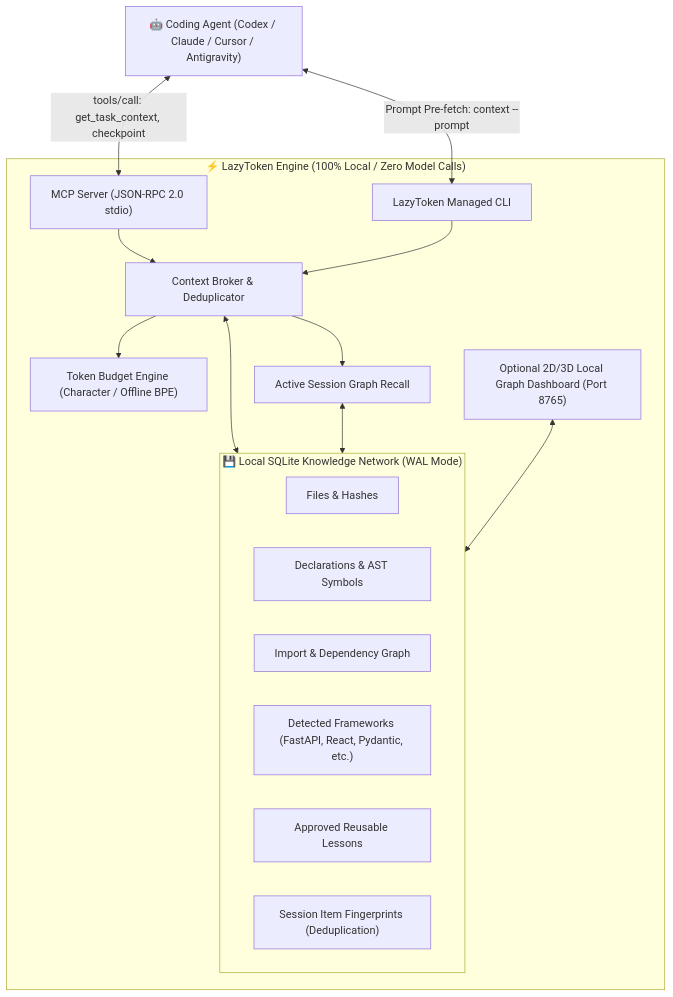
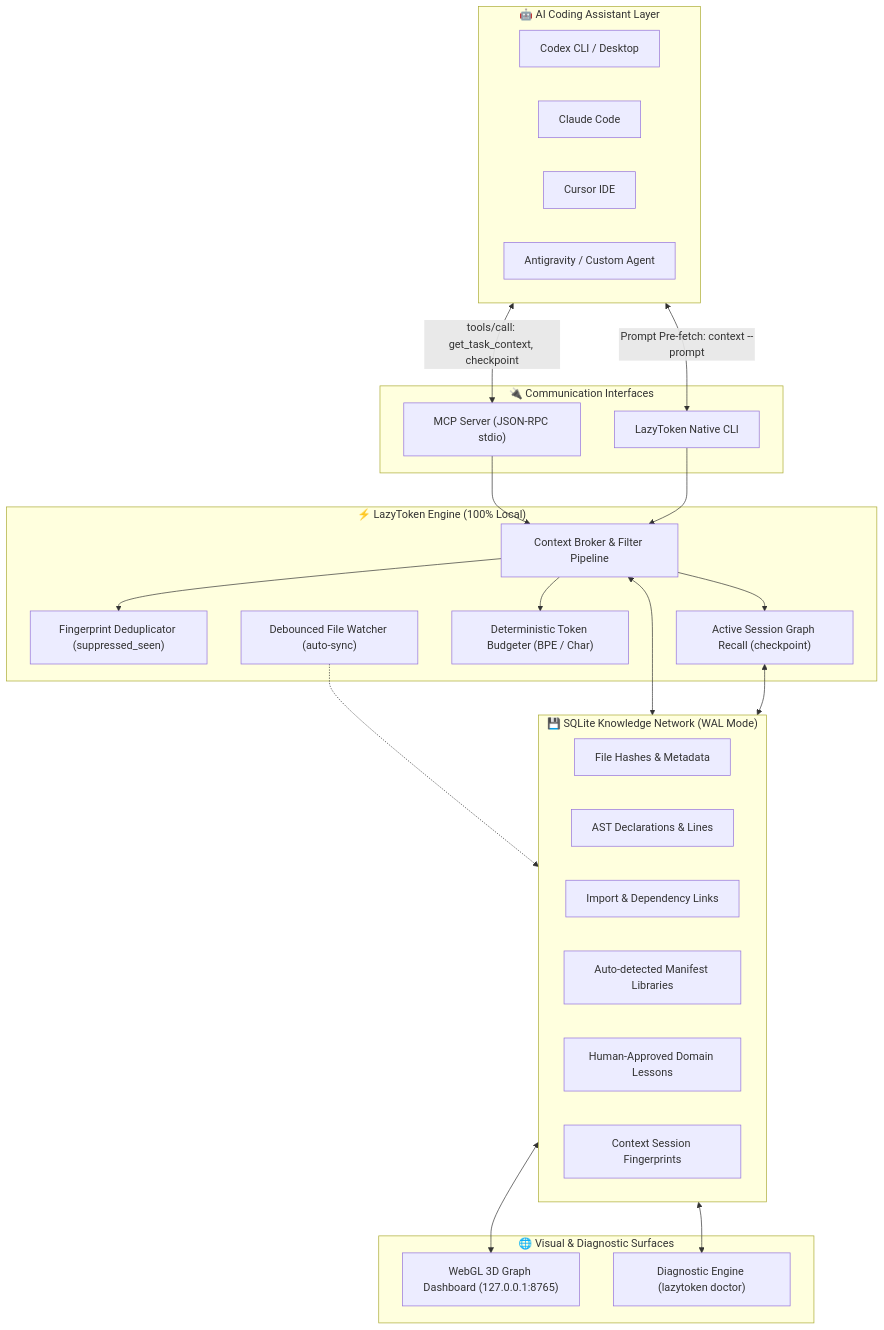
One commit to ArshitGupta01/LazyToken changed the diagram in README.md. Above: the diagram before and after it, drawn with Mermaid. The commit also changed other lines of this file and 106 other files, not shown here.

````diff
--- a/README.md
+++ b/README.md
@@ -32,36 +63,52 @@
 ```mermaid
-graph TD
-    Client["🤖 Coding Agent (Codex / Claude / Cursor / Antigravity)"]
-
-    subgraph LazyTokenCore["⚡ LazyToken Engine (100% Local / Zero Model Calls)"]
-        MCP["MCP Server (JSON-RPC 2.0 stdio)"]
-        CLI["LazyToken Managed CLI"]
-        
-        Broker["Context Broker & Deduplicator"]
-        Budget["Token Budget Engine (Character / Offline BPE)"]
-        Recall["Active Session Graph Recall"]
-        
-        subgraph LocalStore["💾 Local SQLite Knowledge Network (WAL Mode)"]
-            Files["Files & Hashes"]
-            Symbols["Declarations & AST Symbols"]
-            Imports["Import & Dependency Graph"]
-            Frameworks["Detected Frameworks (FastAPI, React, Pydantic, etc.)"]
-            Lessons["Approved Reusable Lessons"]
-            Sessions["Session Item Fingerprints (Deduplication)"]
-        end
-        
-        Dashboard["Optional 2D/3D Local Graph Dashboard (Port 8765)"]
+flowchart TD
+    subgraph ClientLayer["🤖 AI Coding Assistant Layer"]
+        Codex["Codex CLI / Desktop"]
+        Claude["Claude Code"]
+        Cursor["Cursor IDE"]
+        Antigravity["Antigravity / Custom Agent"]
     end
 
-    Client <-->|"tools/call: get_task_context, checkpoint"| MCP
-    Client <-->|"Prompt Pre-fetch: context --prompt"| CLI
+    subgraph IntegrationLayer["🔌 Communication Interfaces"]
+        MCP["MCP Server (JSON-RPC stdio)"]
+        CLI["LazyToken Native CLI"]
+    end
+
+    subgraph CoreEngine["⚡ LazyToken Engine (100% Local)"]
+        Broker["Context Broker & Filter Pipeline"]
+        Deduper["Fingerprint Deduplicator (suppressed_seen)"]
+        Recall["Active Session Graph Recall (checkpoint)"]
+        Budgeter["Deterministic Token Budgeter (BPE / Char)"]
+        Watcher["Debounced File Watcher (auto-sync)"]
+    end
+
+    subgraph StorageLayer["💾 SQLite Knowledge Network (WAL Mode)"]
+        Files["File Hashes & Metadata"]
+        Symbols["AST Declarations & Lines"]
+        Imports["Import & Dependency Links"]
+        Frameworks["Auto-detected Manifest Libraries"]
+        Lessons["Human-Approved Domain Lessons"]
+        Sessions["Context Session Fingerprints"]
+    end
+
+    subgraph VisualLayer["🌐 Visual & Diagnostic Surfaces"]
+        Dashboard["WebGL 3D Graph Dashboard (127.0.0.1:8765)"]
+        Doctor["Diagnostic Engine (lazytoken doctor)"]
+    end
+
+    ClientLayer <-->|"tools/call: get_task_context, checkpoint"| MCP
+    ClientLayer <-->|"Prompt Pre-fetch: context --prompt"| CLI
     
     MCP --> Broker
     CLI --> Broker
-    Broker --> Budget
+    
+    Broker --> Deduper
     Broker --> Recall
-    
-    Broker <--> LocalStore
-    Recall <--> LocalStore
-    Dashboard <--> LocalStore
+    Broker --> Budgeter
+    Watcher -.-> StorageLayer
+
+    Broker <--> StorageLayer
+    Recall <--> StorageLayer
+    StorageLayer <--> Dashboard
+    StorageLayer <--> Doctor
 ```
````
